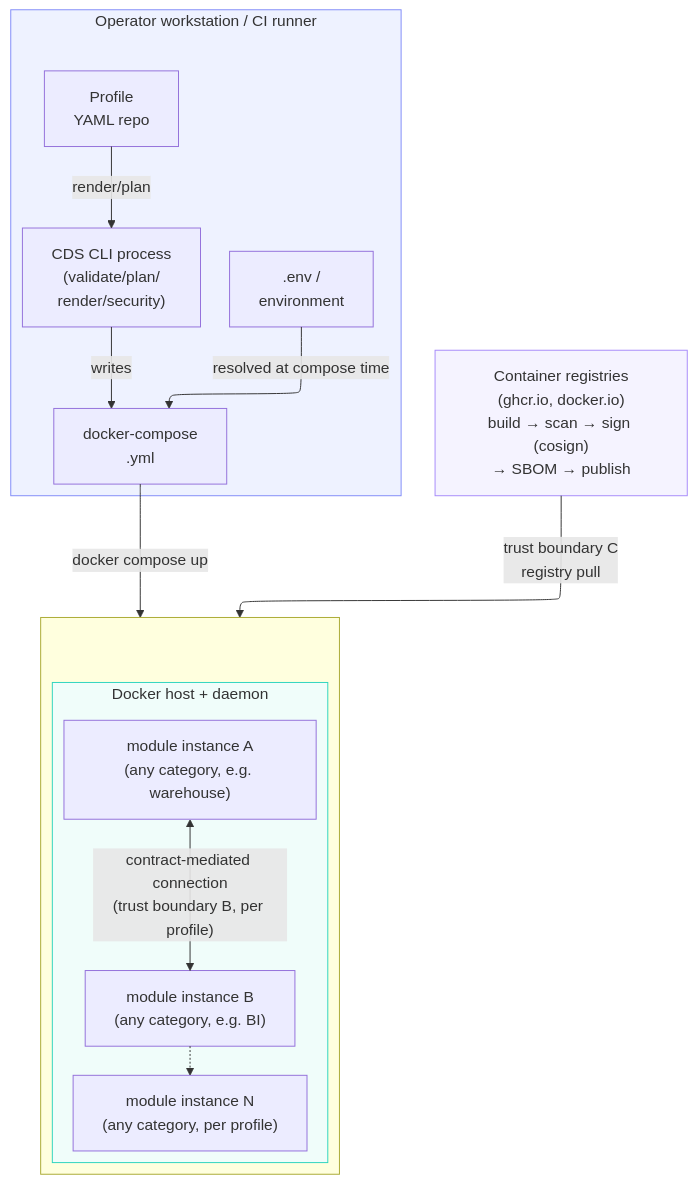
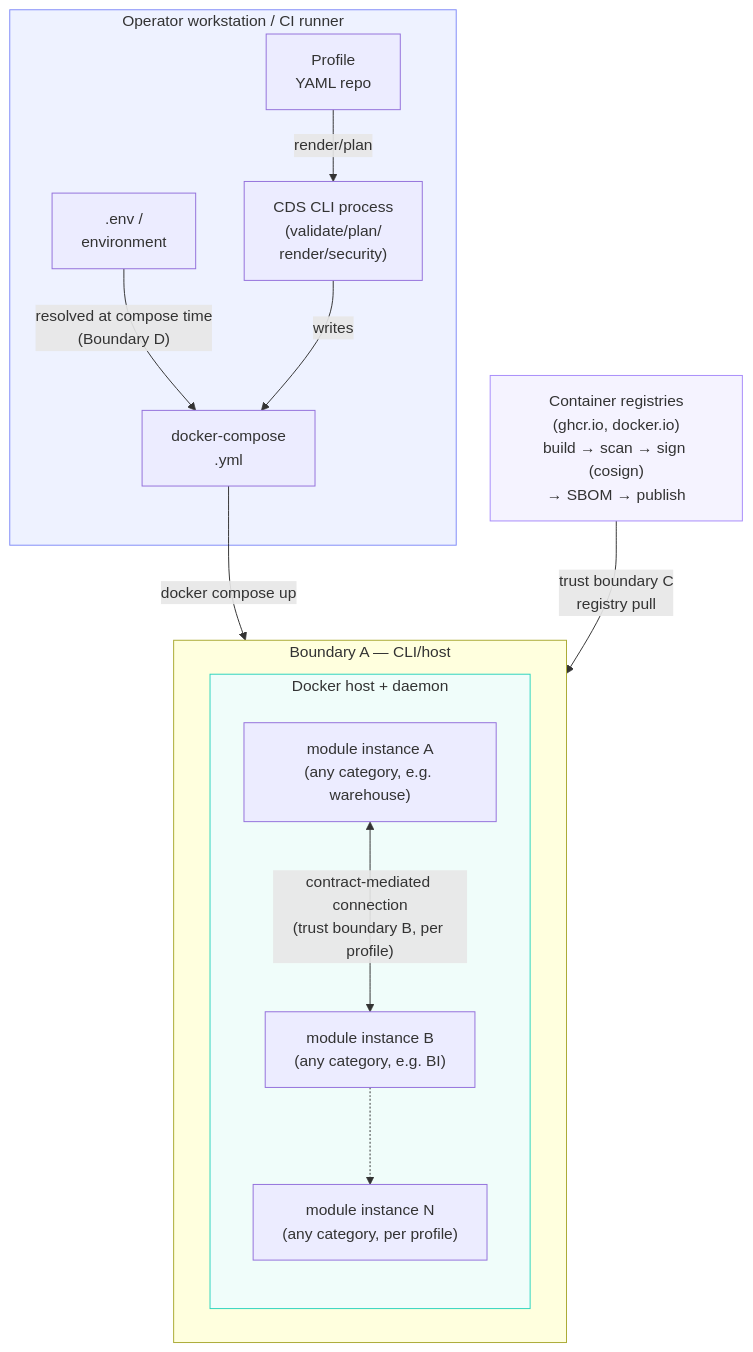
One commit to matheusfrta/composable-data-stack changed the diagram in docs/threat-model.md. Above: the diagram before and after it, drawn with Mermaid. The commit also changed other lines of this file, not shown here.

````diff
--- a/docs/threat-model.md
+++ b/docs/threat-model.md
@@ -70,35 +72,31 @@
 ```mermaid
----
-config:
-  layout: elk
----
 flowchart TB
  subgraph workstation["Operator workstation / CI runner"]
         profileYaml["Profile<br>YAML repo"]
         cliProcess["CDS CLI process<br>(validate/plan/<br>render/security)"]
         envFile[".env /<br>environment"]
         dockerCompose["docker-compose<br>.yml"]
   end
  subgraph dockerDaemon["Docker host + daemon"]
         moduleA["module instance A<br>(any category, e.g. warehouse)"]
         moduleB["module instance B<br>(any category, e.g. BI)"]
         moduleN["module instance N<br>(any category, per profile)"]
   end
- subgraph trustBoundaryA[" "]
+ subgraph trustBoundaryA["Boundary A — CLI/host"]
         dockerDaemon
   end
-    envFile -- "resolved at compose time" --> dockerCompose
+    envFile -- "resolved at compose time<br>(Boundary D)" --> dockerCompose
     profileYaml -- "render/plan" --> cliProcess
     cliProcess -- "writes" --> dockerCompose
     dockerCompose -- "docker compose up" --> trustBoundaryA
     moduleA <-- "contract-mediated connection<br>(trust boundary B, per profile)" --> moduleB
     moduleB -.-> moduleN
     registries["Container registries<br>(ghcr.io, docker.io)<br>build → scan → sign (cosign)<br>→ SBOM → publish"] -- "trust boundary C<br>registry pull" --> trustBoundaryA
 
      workstation:::workstationStyle
      dockerDaemon:::dockerStyle
      registries:::registryStyle
     classDef workstationStyle fill:#eef2ff,stroke:#818cf8
     classDef dockerStyle fill:#f0fdfa,stroke:#2dd4bf
     classDef registryStyle fill:#f5f3ff,stroke:#a78bfa
 ```
````
